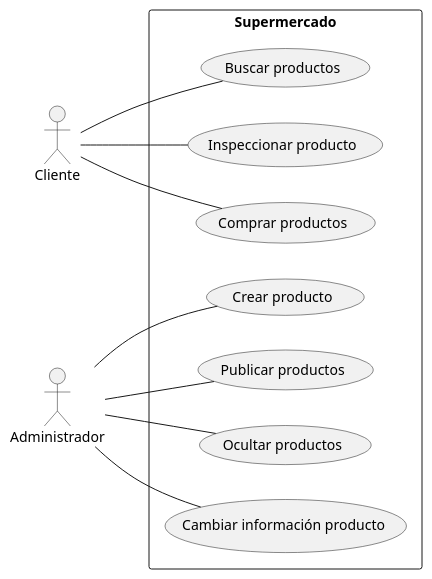
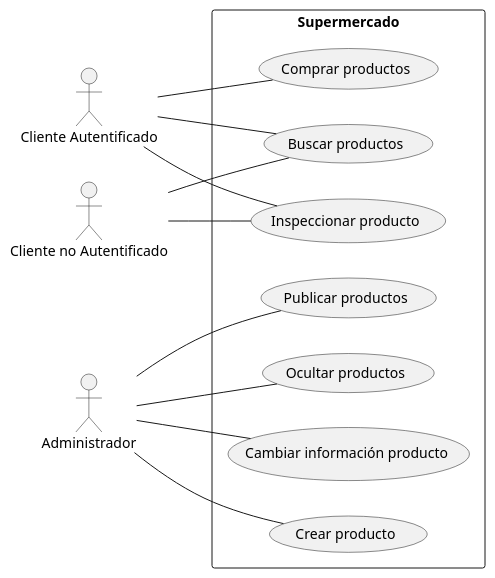
Before and after one commit to mramiroz/Proyecto-Julian: the diagram in docs/analisis/Caso.md, drawn with PlantUML.

Commit message:
Añadiendo si el cliente esta o no autentificado en el analisis

```diff
--- a/docs/analisis/Caso.md
+++ b/docs/analisis/Caso.md
@@ -1,24 +1,27 @@
 @startuml
 left to right direction
-:Cliente: as CL
+:Cliente Autentificado: as CLA
+:Cliente no Autentificado: as CLNA
 :Administrador: as AD
 
 rectangle Supermercado {
     usecase "Buscar productos" as UC1
     usecase "Inspeccionar producto" as UC2
     usecase "Comprar productos" as UC3
     usecase "Crear producto" as UC4
     usecase "Publicar productos" as UC5
     usecase "Ocultar productos" as UC6
     usecase "Cambiar información producto" as UC7
 }
 
-CL -- UC1
-CL -- UC2
-CL -- UC3
+CLA -- UC1
+CLA -- UC2
+CLA -- UC3
+CLNA -- UC1
+CLNA -- UC2
 AD -- UC4
 AD -- UC5
 AD -- UC6
 AD -- UC7
 
 @enduml
```
